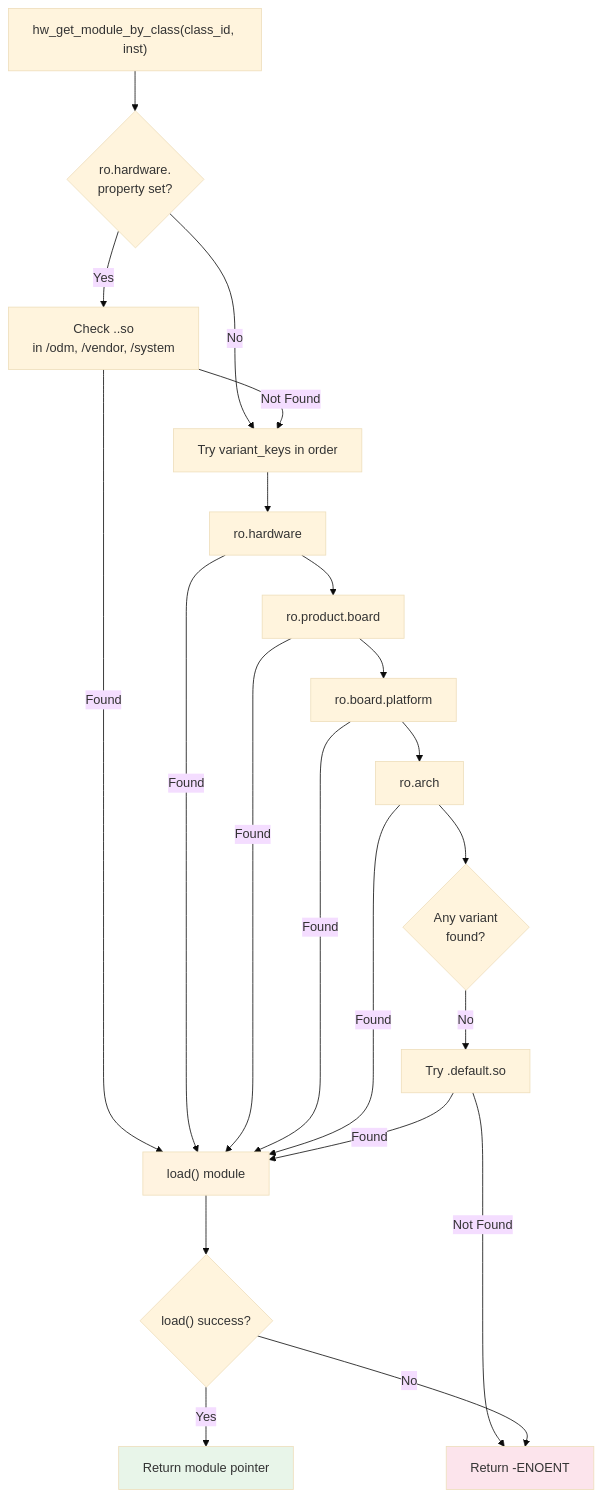
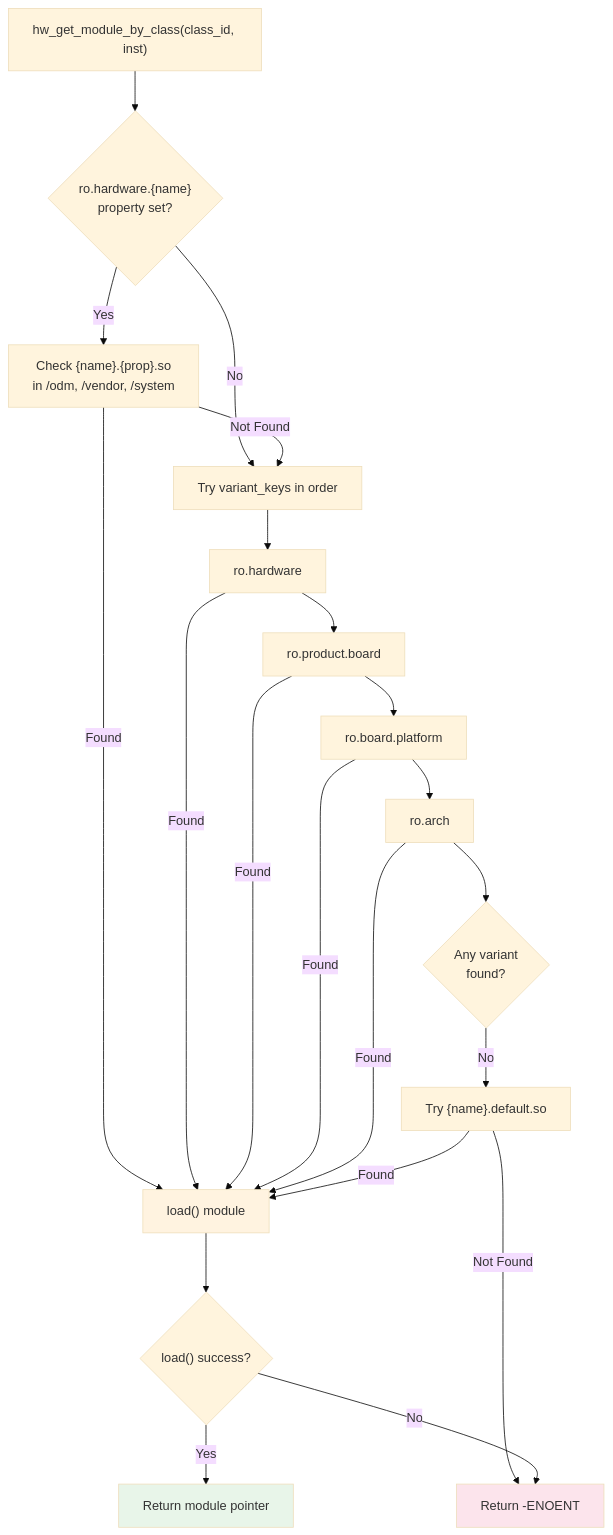
The sixth of 25 diagrams in 10-hal.md (fwrite0920/aosp-internal-book), drawn with Mermaid (base theme) before and after one commit. The commit also changed 8 other files, not shown here.

First line of the commit message:
Fix Mermaid diagrams and formatting in Parts III-IV (chapters 8-16)

````diff
--- a/10-hal.md
+++ b/10-hal.md
@@ -530,27 +530,27 @@
 ```mermaid
 flowchart TD
-    A["hw_get_module_by_class(class_id, inst)"] --> B{"ro.hardware.<name><br/>property set?"}
-    B -->|Yes| C["Check <name>.<prop>.so<br/>in /odm, /vendor, /system"]
+    A["hw_get_module_by_class(class_id, inst)"] --> B{"ro.hardware.{name}<br/>property set?"}
+    B -->|Yes| C["Check {name}.{prop}.so<br/>in /odm, /vendor, /system"]
     B -->|No| D["Try variant_keys in order"]
     C -->|Found| L["load() module"]
     C -->|Not Found| D
     D --> E["ro.hardware"]
     E --> F["ro.product.board"]
     F --> G["ro.board.platform"]
     G --> H["ro.arch"]
     H --> I{"Any variant<br/>found?"}
     E -->|Found| L
     F -->|Found| L
     G -->|Found| L
     H -->|Found| L
-    I -->|No| J["Try <name>.default.so"]
+    I -->|No| J["Try {name}.default.so"]
     J -->|Found| L
     J -->|Not Found| K["Return -ENOENT"]
     L --> M{"load() success?"}
     M -->|Yes| N["Return module pointer"]
     M -->|No| K
 
     style L fill:#fff3e0
     style N fill:#e8f5e9
     style K fill:#fce4ec
 ```
````
